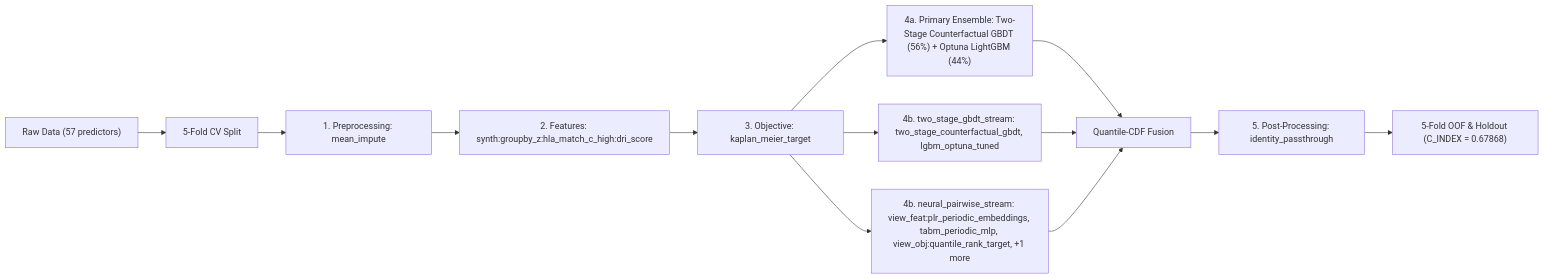
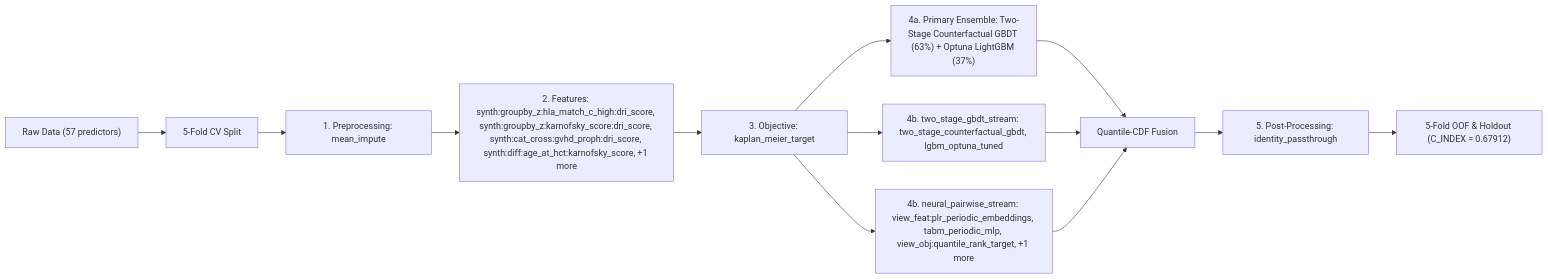
The diagram in README.md (stefanoclss/CIBMTR-Equity-in-Post-HCT-Survival-Predictions), drawn with Mermaid before and after one commit. The commit also changed other lines of this file, not shown here.

First line of the commit message:
docs(readme): refresh verified OOF benchmark & build ledger (C_INDEX=0.67912)

````diff
--- a/README.md
+++ b/README.md
@@ -72,15 +74,15 @@
 ```mermaid
 flowchart LR
     DATA["Raw Data (57 predictors)"] --> SPLIT["5-Fold CV Split"]
     SPLIT --> PRE["1. Preprocessing: mean_impute"]
-    PRE --> FEAT["2. Features: synth:groupby_z:hla_match_c_high:dri_score"]
+    PRE --> FEAT["2. Features: synth:groupby_z:hla_match_c_high:dri_score, synth:groupby_z:karnofsky_score:dri_score, synth:cat_cross:gvhd_proph:dri_score, synth:diff:age_at_hct:karnofsky_score, +1 more"]
     FEAT --> OBJ["3. Objective: kaplan_meier_target"]
-    OBJ --> M0["4a. Primary Ensemble: Two-Stage Counterfactual GBDT (56%) + Optuna LightGBM (44%)"]
+    OBJ --> M0["4a. Primary Ensemble: Two-Stage Counterfactual GBDT (63%) + Optuna LightGBM (37%)"]
     M0 --> FUSE["Quantile-CDF Fusion"]
     OBJ --> S1["4b. two_stage_gbdt_stream: two_stage_counterfactual_gbdt, lgbm_optuna_tuned"]
     S1 --> FUSE
     OBJ --> S2["4b. neural_pairwise_stream: view_feat:plr_periodic_embeddings, tabm_periodic_mlp, view_obj:quantile_rank_target, +1 more"]
     S2 --> FUSE
     FUSE --> POST["5. Post-Processing: identity_passthrough"]
-    POST --> OUT["5-Fold OOF & Holdout (C_INDEX = 0.67868)"]
+    POST --> OUT["5-Fold OOF & Holdout (C_INDEX = 0.67912)"]
 ```
````
